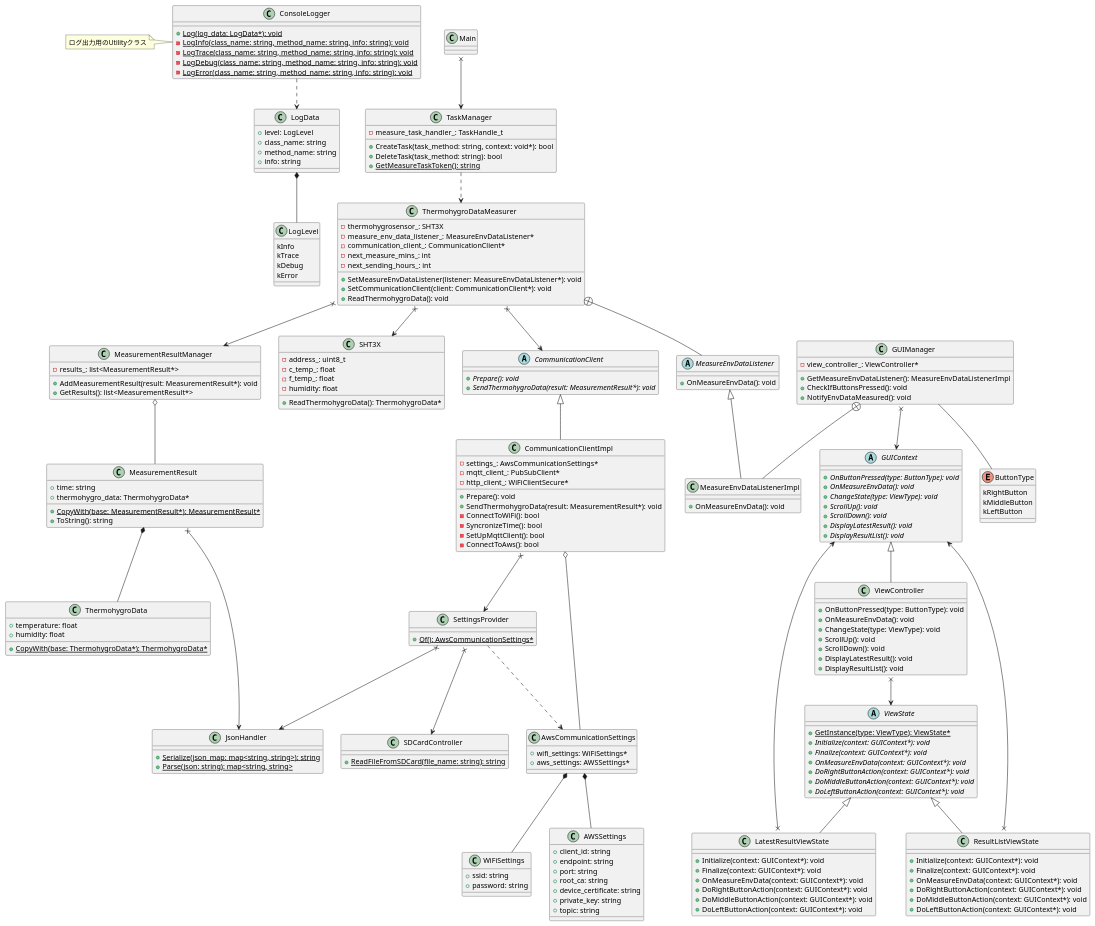
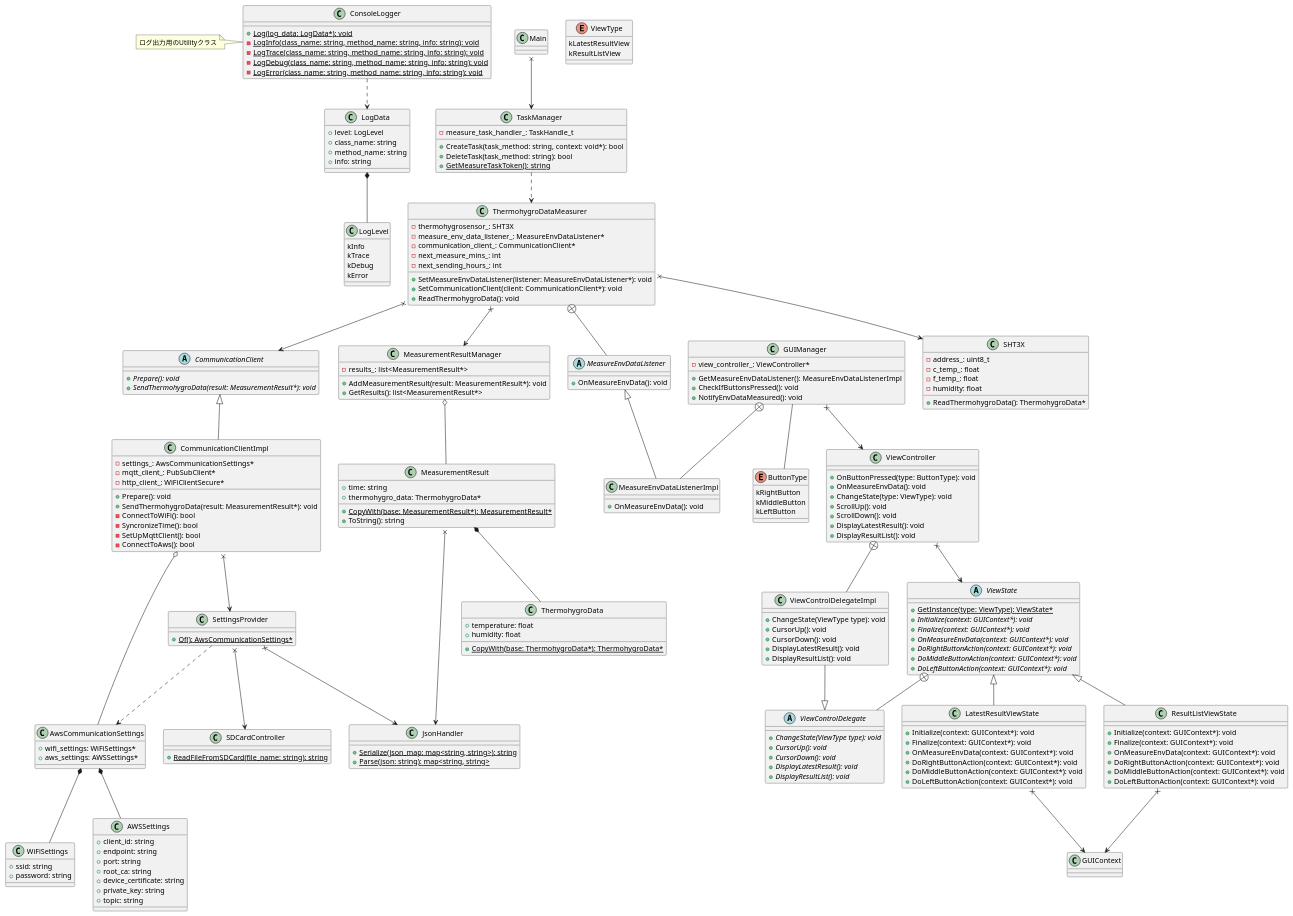
Before and after one commit to chukeblo/thermohygrometer: the diagram in DesignDocs/M5StackThermohygrometer/class_diagram.pu, drawn with PlantUML.

Commit message:
delete gui context in class diagram for m5stack thermohygrometer

```diff
--- a/DesignDocs/M5StackThermohygrometer/class_diagram.pu
+++ b/DesignDocs/M5StackThermohygrometer/class_diagram.pu
@@ -108,7 +108,7 @@
 }
 
 GUIManager -- ButtonType
-GUIManager x--> GUIContext
+GUIManager x--> ViewController
 GUIManager +-- MeasureEnvDataListenerImpl
 
 class MeasureEnvDataListenerImpl {
@@ -116,16 +116,6 @@
 }
 
 MeasureEnvDataListener <|-- MeasureEnvDataListenerImpl
-
-abstract class GUIContext {
-    + {abstract} OnButtonPressed(type: ButtonType): void
-    + {abstract} OnMeasureEnvData(): void
-    + {abstract} ChangeState(type: ViewType): void
-    + {abstract} ScrollUp(): void
-    + {abstract} ScrollDown(): void
-    + {abstract} DisplayLatestResult(): void
-    + {abstract} DisplayResultList(): void
-}
 
 class ViewController {
     + OnButtonPressed(type: ButtonType): void
@@ -137,8 +127,17 @@
     + DisplayResultList(): void
 }
 
-GUIContext <|-- ViewController
+ViewController +-- ViewControlDelegateImpl
+
+class ViewControlDelegateImpl {
+    + ChangeState(ViewType type): void
+    + CursorUp(): void
+    + CursorDown(): void
+    + DisplayLatestResult(): void
+    + DisplayResultList(): void
+}
 ViewController x--> ViewState
+ViewControlDelegateImpl --|> ViewControlDelegate
 
 abstract class ViewState {
     + {static} GetInstance(type: ViewType): ViewState*
@@ -148,6 +147,21 @@
     + {abstract} DoRightButtonAction(context: GUIContext*): void
     + {abstract} DoMiddleButtonAction(context: GUIContext*): void
     + {abstract} DoLeftButtonAction(context: GUIContext*): void
+}
+
+enum ViewType {
+    kLatestResultView
+    kResultListView 
+}
+
+ViewState +-- ViewControlDelegate
+
+abstract class ViewControlDelegate {
+    + {abstract} ChangeState(ViewType type): void
+    + {abstract} CursorUp(): void
+    + {abstract} CursorDown(): void
+    + {abstract} DisplayLatestResult(): void
+    + {abstract} DisplayResultList(): void
 }
 
 ViewState <|-- LatestResultViewState
```
